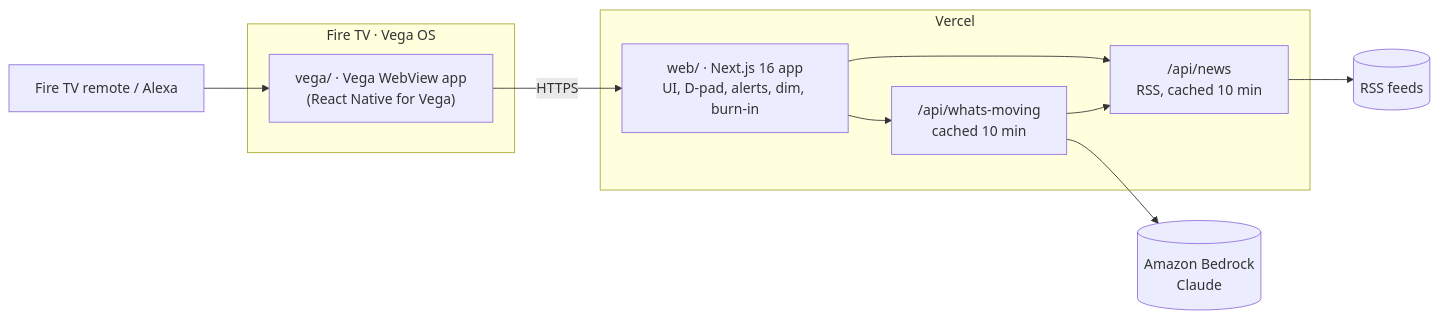
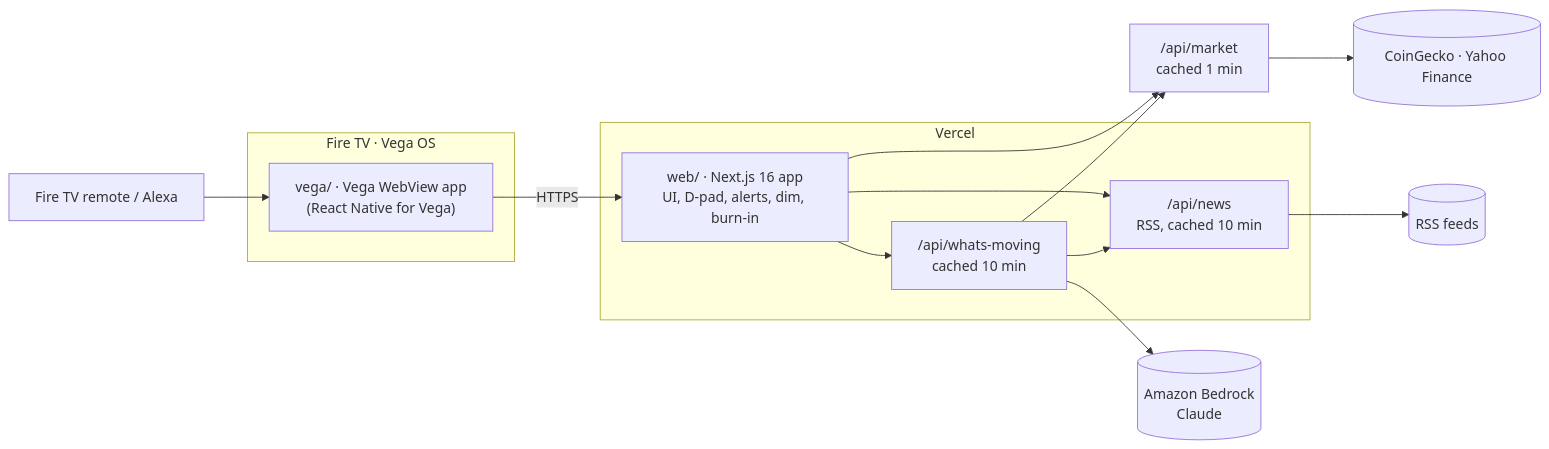
The diagram in README.md (rosasmar/charts-tv), drawn with Mermaid before and after one commit. The commit also changed other lines of this file and 12 other files, not shown here.

First line of the commit message:
Use live prices from CoinGecko and Yahoo Finance (#3)

````diff
--- a/README.md
+++ b/README.md
@@ -33,16 +34,18 @@
 ```mermaid
 flowchart LR
   remote[Fire TV remote / Alexa] --> vega
   subgraph TV[Fire TV · Vega OS]
     vega["vega/ · Vega WebView app<br/>(React Native for Vega)"]
   end
   vega -- HTTPS --> web
   subgraph Vercel
     web["web/ · Next.js 16 app<br/>UI, D-pad, alerts, dim, burn-in"]
     news["/api/news<br/>RSS, cached 10 min"]
     wm["/api/whats-moving<br/>cached 10 min"]
   end
+  web --> market["/api/market<br/>cached 1 min"] --> prices[(CoinGecko · Yahoo Finance)]
   web --> news --> feeds[(RSS feeds)]
   web --> wm --> bedrock[(Amazon Bedrock<br/>Claude)]
   wm --> news
+  wm --> market
 ```
````
